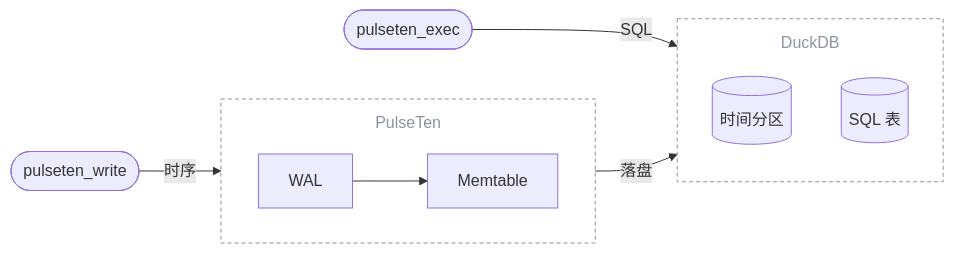
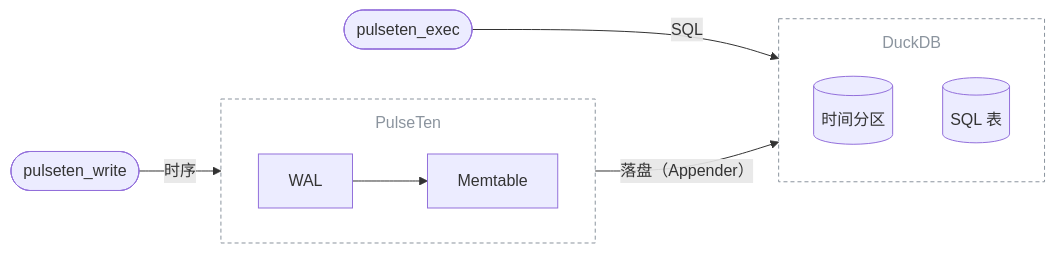
The diagram in README.zh-CN.md (leviathan0992/pulseten), drawn with Mermaid before and after one commit. The commit also changed other lines of this file and 1 other file, not shown here.

Commit message:
Show the Appender in the architecture diagram

````diff
--- a/README.zh-CN.md
+++ b/README.zh-CN.md
@@ -36,22 +36,22 @@
 ```mermaid
 %%{init: {"flowchart": {"subGraphTitleMargin": {"top": 12, "bottom": 8}}}}%%
 flowchart LR
   write(["pulseten_write"]) -- 时序 --> wal
 
   subgraph engine ["PulseTen"]
     direction LR
     wal["WAL"] --> mem["Memtable"]
   end
 
   subgraph duckdb ["DuckDB"]
     direction TB
     part[("时间分区")]
     rel[("SQL 表")]
   end
 
-  mem -- 落盘 --> part
+  mem -- "落盘（Appender）" --> part
   exec(["pulseten_exec"]) -- SQL --> rel
 
   style engine fill:none,stroke:#8b949e,stroke-dasharray:4 3,color:#8b949e
   style duckdb fill:none,stroke:#8b949e,stroke-dasharray:4 3,color:#8b949e
 ```
````
